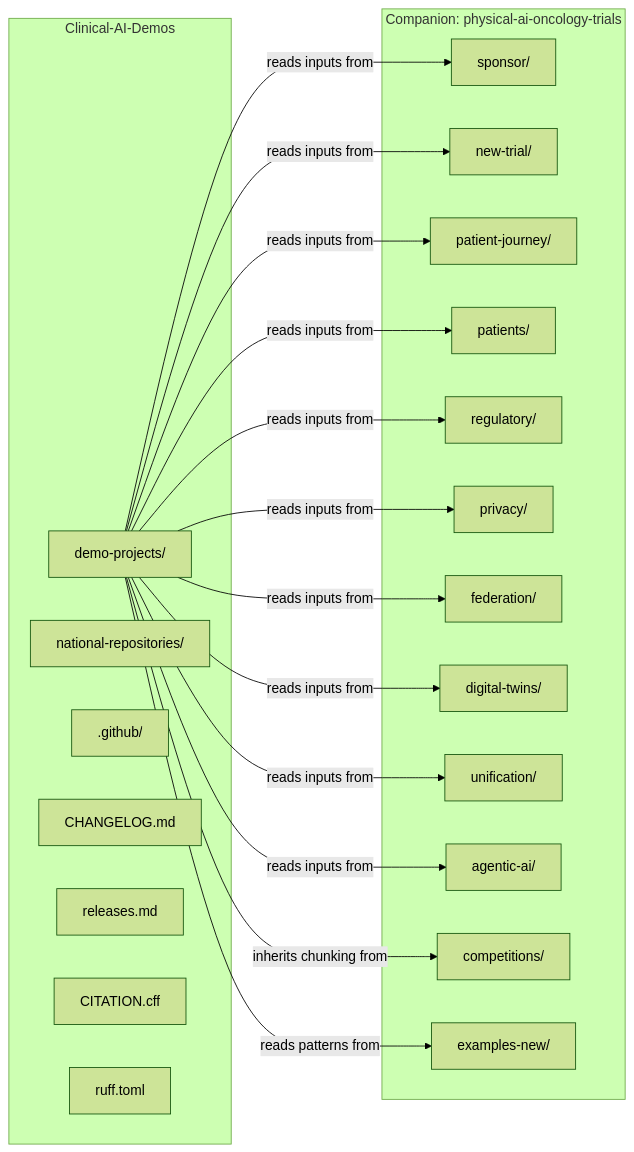
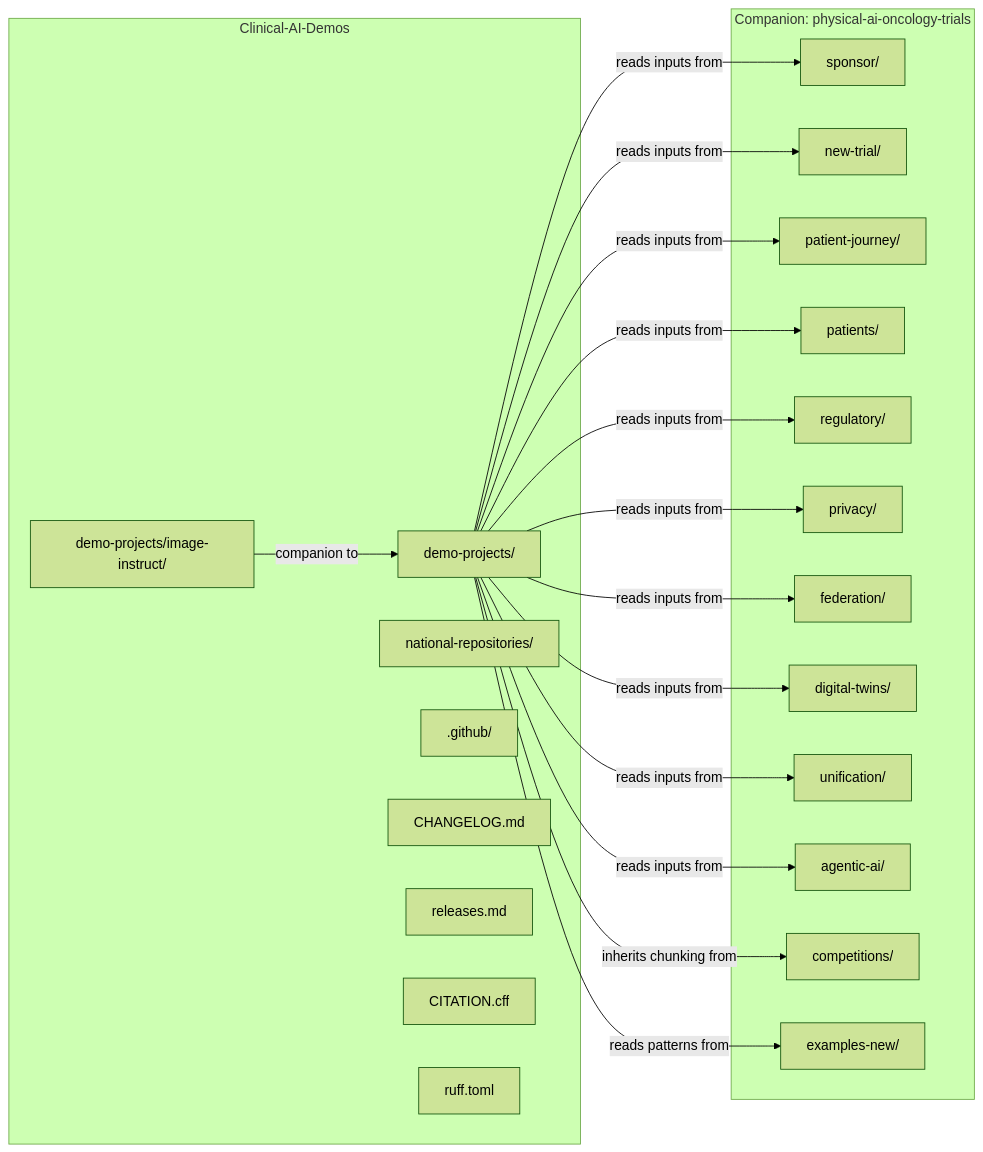
Before and after one commit to kevinkawchak/Clinical-AI-Demos: the first of 2 diagrams in README.md, drawn with Mermaid (forest theme). The commit also changed other lines of this file and 3 other files, not shown here.

````diff
--- a/README.md
+++ b/README.md
@@ -152,40 +171,42 @@
 ```mermaid
 flowchart LR
   subgraph CAD[Clinical-AI-Demos]
     DP[demo-projects/]
+    II[demo-projects/image-instruct/]
     NR[national-repositories/]
     GH[.github/]
     CHG[CHANGELOG.md]
     REL[releases.md]
     CTN[CITATION.cff]
     RUF[ruff.toml]
   end
 
   subgraph CAP[Companion: physical-ai-oncology-trials]
     SPO[sponsor/]
     NTR[new-trial/]
     PJN[patient-journey/]
     PAT[patients/]
     REG[regulatory/]
     PRI[privacy/]
     FED[federation/]
     DTW[digital-twins/]
     UNI[unification/]
     AGI[agentic-ai/]
     COM[competitions/]
     EXM[examples-new/]
   end
 
   DP -->|reads inputs from| SPO
   DP -->|reads inputs from| NTR
   DP -->|reads inputs from| PJN
   DP -->|reads inputs from| PAT
   DP -->|reads inputs from| REG
   DP -->|reads inputs from| PRI
   DP -->|reads inputs from| FED
   DP -->|reads inputs from| DTW
   DP -->|reads inputs from| UNI
   DP -->|reads inputs from| AGI
   DP -->|inherits chunking from| COM
   DP -->|reads patterns from| EXM
+  II -->|companion to| DP
 ```
````
